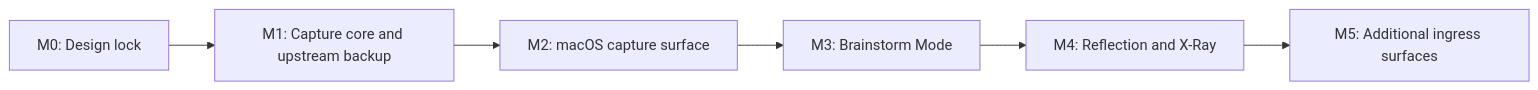
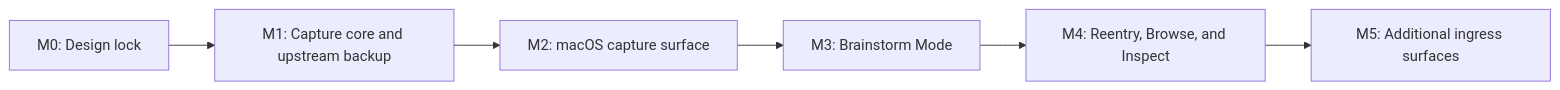
The diagram in docs/design/ROADMAP.md (flyingrobots/think), drawn with Mermaid before and after one commit. The commit also changed other lines of this file and 2 other files, not shown here.

````diff
--- a/docs/design/ROADMAP.md
+++ b/docs/design/ROADMAP.md
@@ -43,8 +44,8 @@
 ```mermaid
 flowchart LR
     M0["M0: Design lock"] --> M1["M1: Capture core and upstream backup"]
     M1 --> M2["M2: macOS capture surface"]
     M2 --> M3["M3: Brainstorm Mode"]
-    M3 --> M4["M4: Reflection and X-Ray"]
+    M3 --> M4["M4: Reentry, Browse, and Inspect"]
     M4 --> M5["M5: Additional ingress surfaces"]
 ```
````
